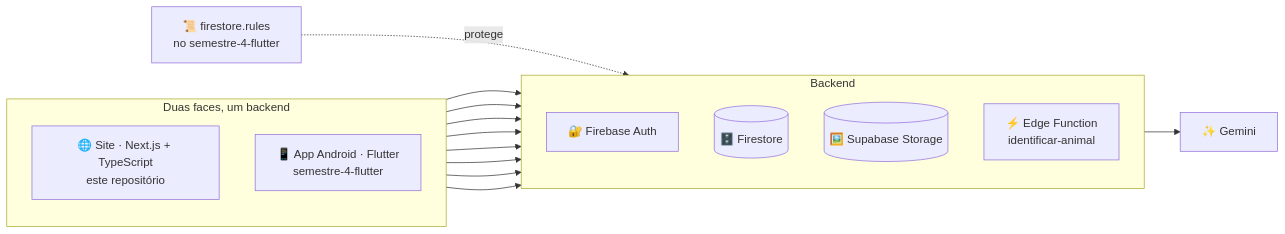
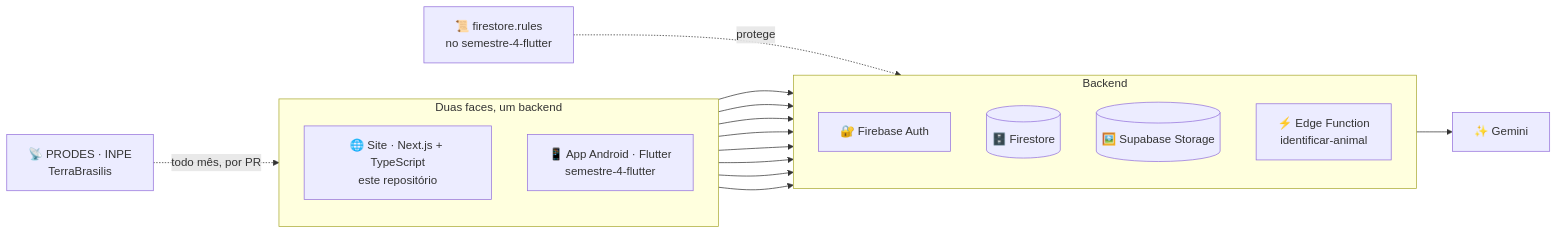
One commit to ecomap-devs/semestre-4-nextjs changed the diagram in README.md. Above: the diagram before and after it, drawn with Mermaid. The commit also changed other lines of this file, not shown here.

````diff
--- a/README.md
+++ b/README.md
@@ -34,19 +35,20 @@
 ```mermaid
 flowchart LR
     subgraph faces[Duas faces, um backend]
         direction TB
         web["🌐 Site · Next.js + TypeScript<br/>este repositório"]
         app["📱 App Android · Flutter<br/>semestre-4-flutter"]
     end
     subgraph backend[Backend]
         direction TB
         auth[🔐 Firebase Auth]
         fs[(🗄️ Firestore)]
         sb[(🖼️ Supabase Storage)]
         fn["⚡ Edge Function<br/>identificar-animal"]
     end
     web --> auth & fs & sb & fn
     app --> auth & fs & sb & fn
     fn --> gemini["✨ Gemini"]
     regras["📜 firestore.rules<br/>no semestre-4-flutter"] -. protege .-> fs
+    inpe["📡 PRODES · INPE<br/>TerraBrasilis"] -. todo mês, por PR .-> web
 ```
````
